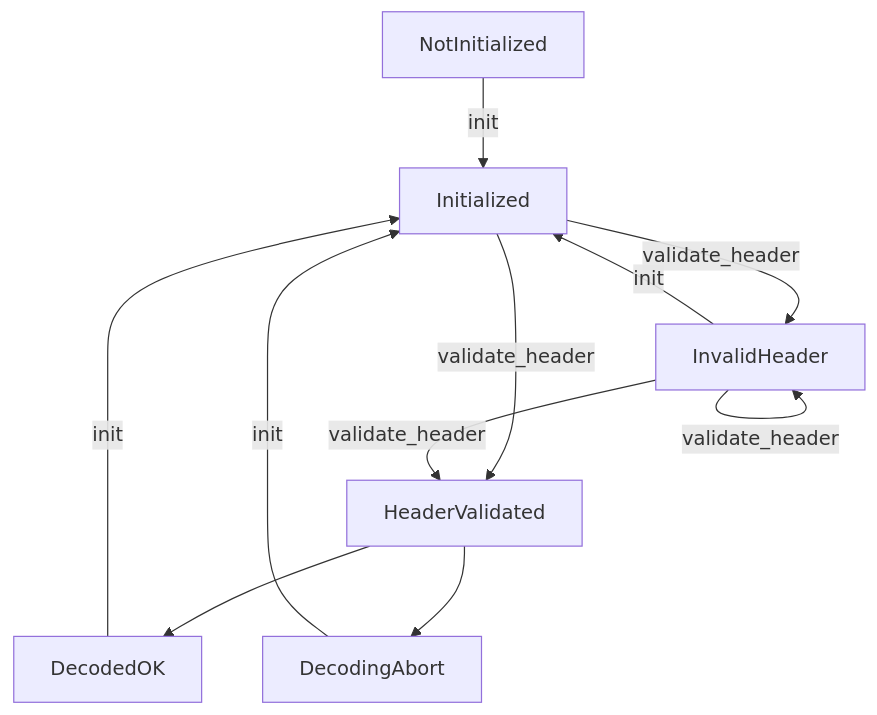
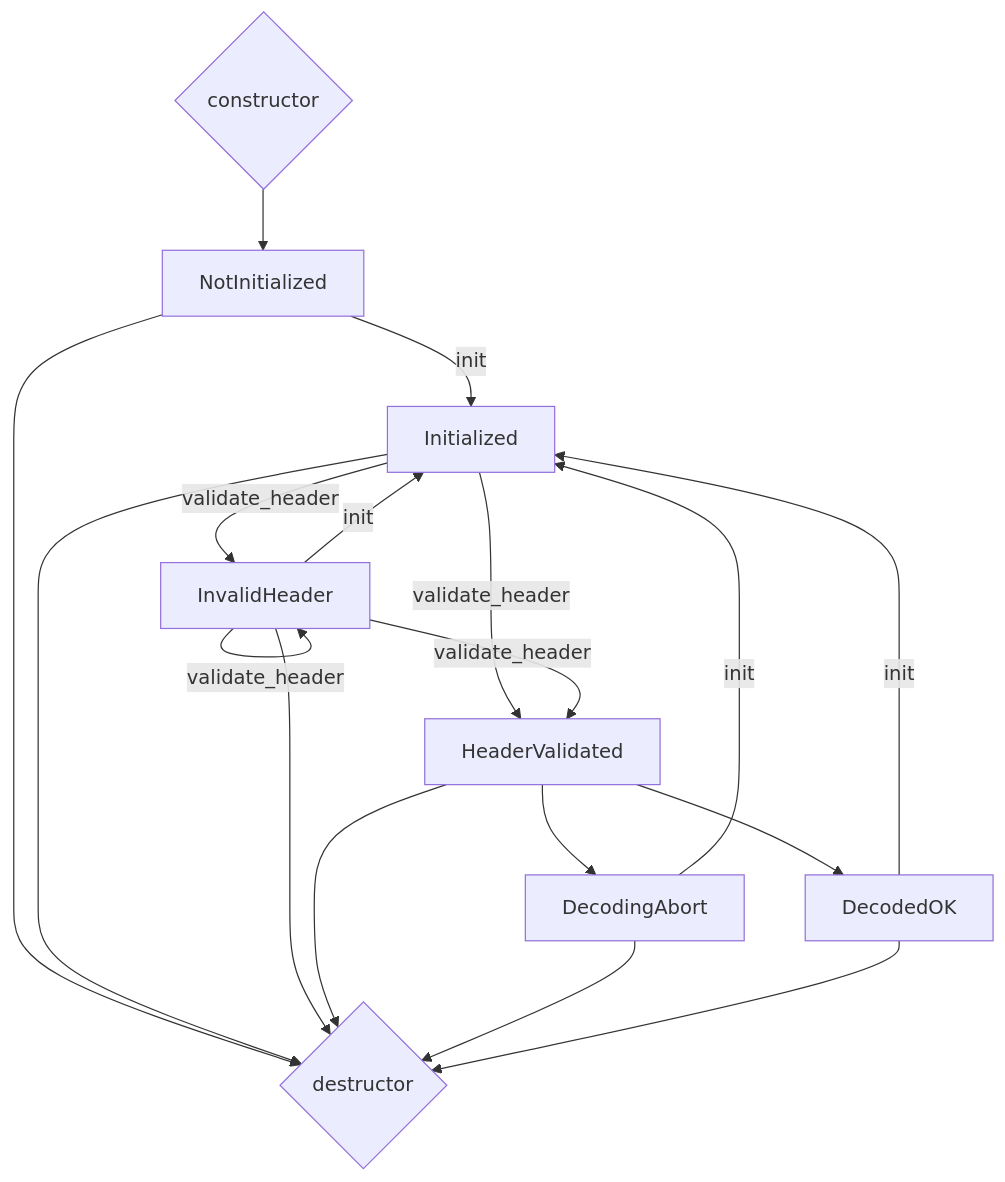
Before and after one commit to fluorohead/gia_tga: the first of 2 diagrams in readme.md, drawn with Mermaid. The commit also changed other lines of this file, not shown here.

````diff
--- a/readme.md
+++ b/readme.md
@@ -50,13 +50,20 @@
 ```mermaid
 graph TD;
+c{constructor}-->NotInitialized;
 NotInitialized--init-->Initialized;
+NotInitialized-->d{destructor};
 Initialized--validate_header-->HeaderValidated;
 Initialized--validate_header-->InvalidHeader;
+Initialized-->d{destructor};
 InvalidHeader--validate_header-->HeaderValidated;
 InvalidHeader--validate_header-->InvalidHeader;
 InvalidHeader--init-->Initialized;
+InvalidHeader-->d{destructor};
 HeaderValidated-->DecodedOK;
 HeaderValidated-->DecodingAbort;
+HeaderValidated-->d{destructor};
 DecodedOK--init-->Initialized;
 DecodingAbort--init-->Initialized;
+DecodingAbort-->d{destructor};
+DecodedOK-->d{destructor};
 ```
````
